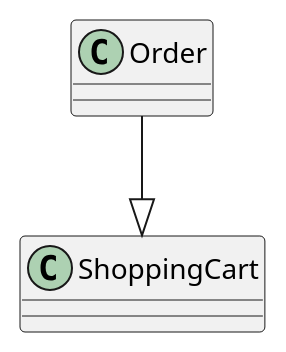
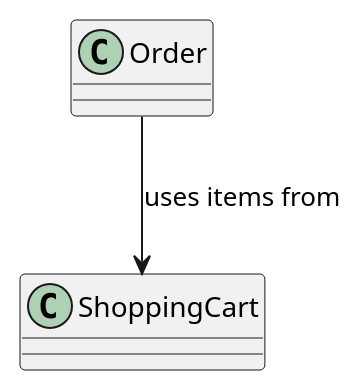
The second of 7 diagrams in relationships/UML_Relationships_Tutorial.md (andikatjacobdennis/UML), drawn with PlantUML before and after one commit. The commit also changed other lines of this file, not shown here.

````diff
--- a/relationships/UML_Relationships_Tutorial.md
+++ b/relationships/UML_Relationships_Tutorial.md
@@ -37,7 +41,7 @@
 ```plantuml
 @startuml
 class Order
 class ShoppingCart
-Order --|> ShoppingCart
+Order --> ShoppingCart : uses items from
 @enduml
 ```
````
